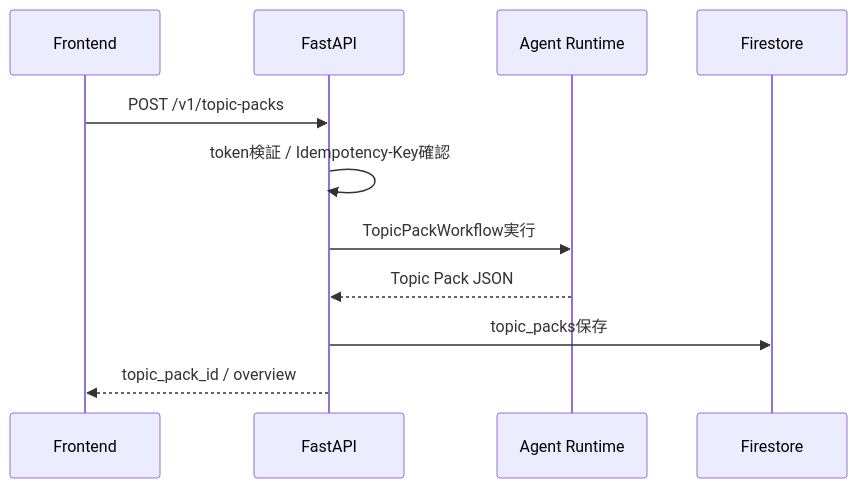
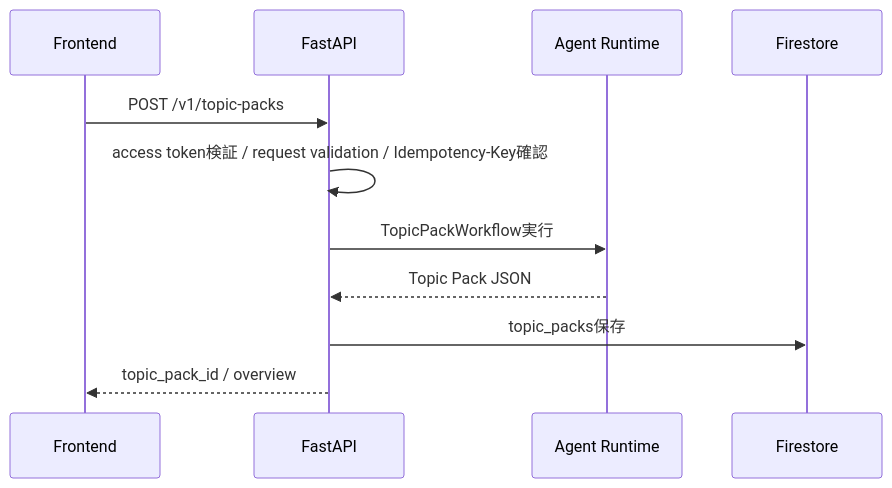
Before and after one commit to tasugiya/real_conversation_agents: the first of 4 diagrams in docs/backend/02_BACKEND_PROCESS_DRAFT.md, drawn with Mermaid. The commit also changed other lines of this file and 2 other files, not shown here.

````diff
--- a/docs/backend/02_BACKEND_PROCESS_DRAFT.md
+++ b/docs/backend/02_BACKEND_PROCESS_DRAFT.md
@@ -163,14 +182,14 @@
 ```mermaid
 sequenceDiagram
     participant FE as Frontend
     participant API as FastAPI
     participant AR as Agent Runtime
     participant FS as Firestore
 
     FE->>API: POST /v1/topic-packs
-    API->>API: token検証 / Idempotency-Key確認
+    API->>API: access token検証 / request validation / Idempotency-Key確認
     API->>AR: TopicPackWorkflow実行
     AR-->>API: Topic Pack JSON
     API->>FS: topic_packs保存
     API-->>FE: topic_pack_id / overview
 ```
````
